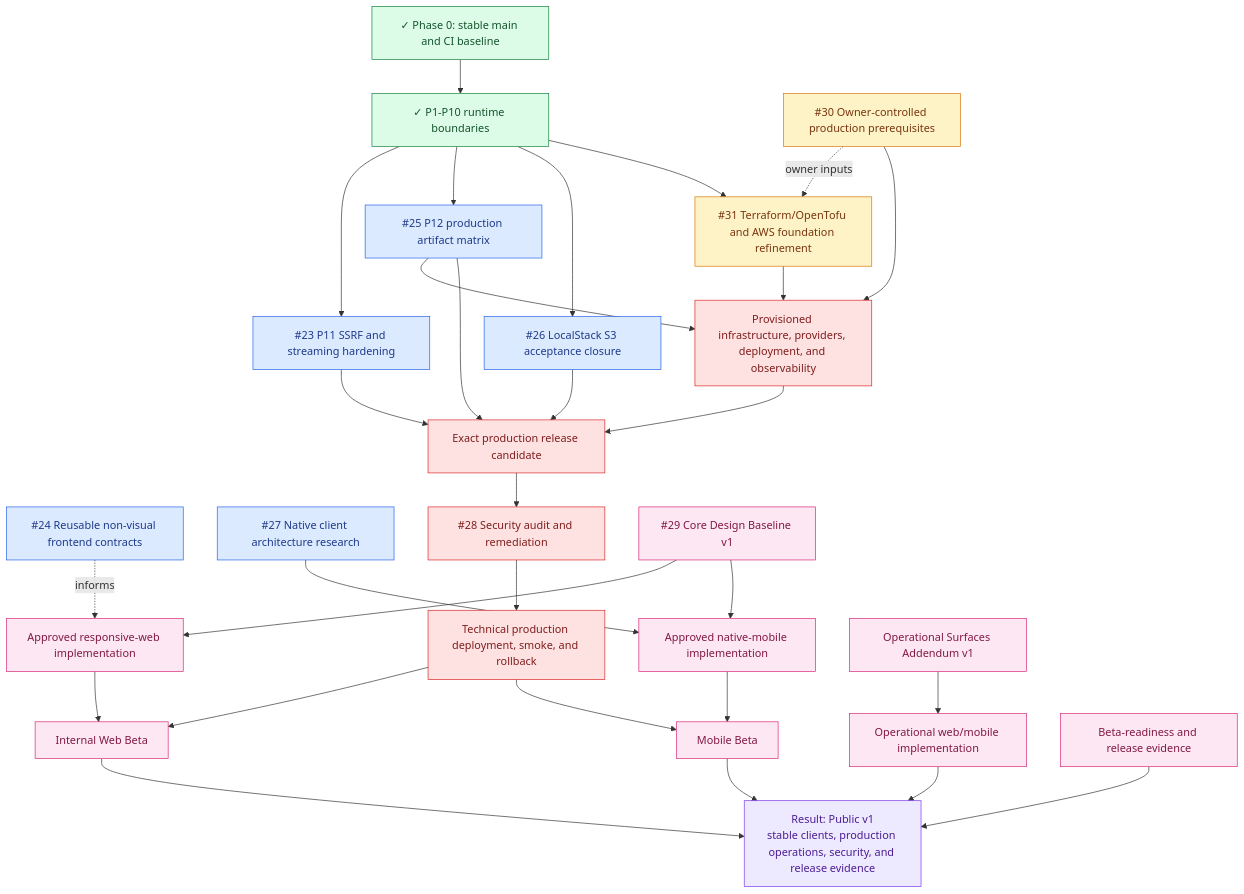
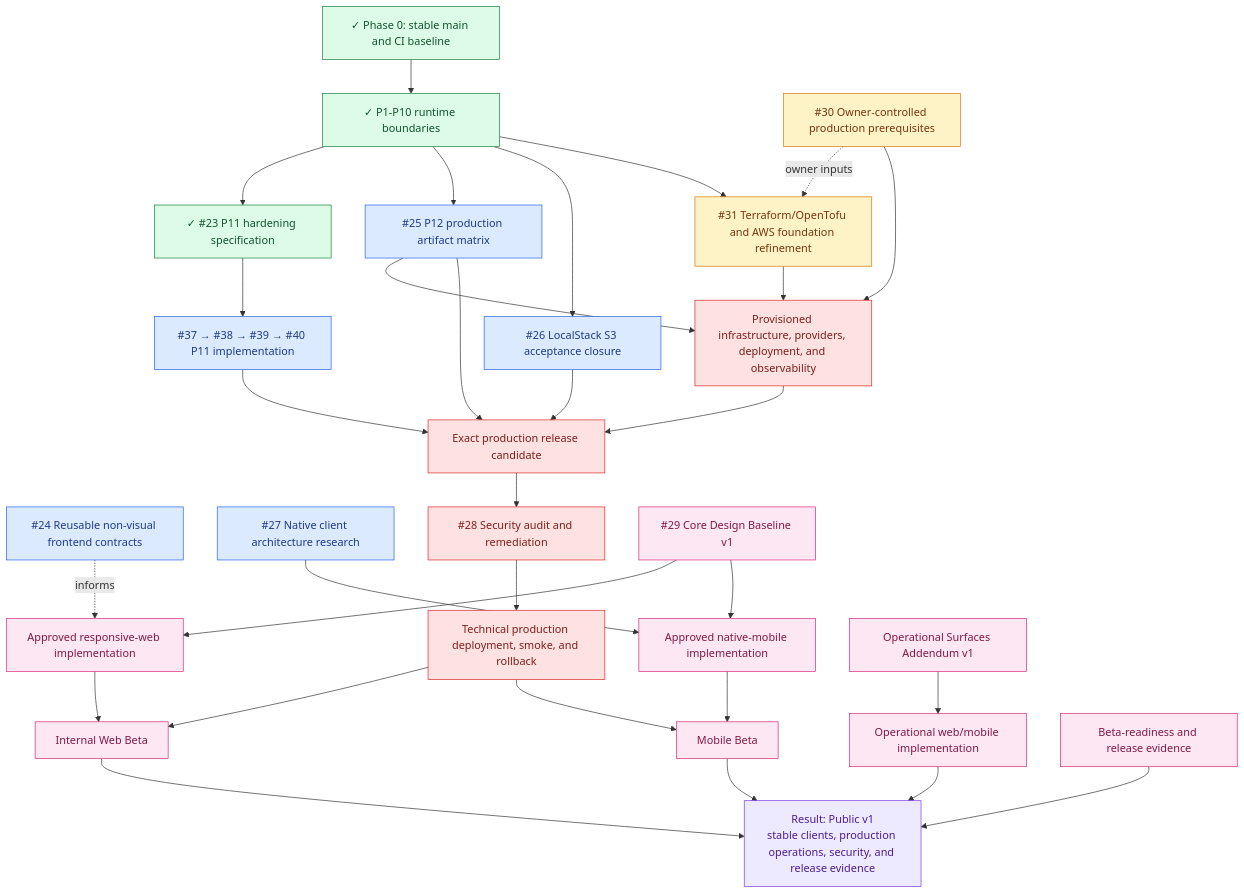
The third of 3 diagrams in docs/roadmap.md (starkovalera/recipe-manager), drawn with Mermaid before and after one commit. The commit also changed other lines of this file and 4 other files, not shown here.

````diff
--- a/docs/roadmap.md
+++ b/docs/roadmap.md
@@ -133,74 +133,77 @@
 ```mermaid
 flowchart TD
   phase0["✓ Phase 0: stable main and CI baseline"]
   runtime["✓ P1-P10 runtime boundaries"]
 
-  p11["#23 P11 SSRF and streaming hardening"]
+  p11["✓ #23 P11 hardening specification"]
+  p11Implementation["#37 → #38 → #39 → #40 P11 implementation"]
   p12["#25 P12 production artifact matrix"]
   localstack["#26 LocalStack S3 acceptance closure"]
   frontendAudit["#24 Reusable non-visual frontend contracts"]
   mobileResearch["#27 Native client architecture research"]
   infraRefine["#31 Terraform/OpenTofu and AWS foundation refinement"]
   owner["#30 Owner-controlled production prerequisites"]
 
   infra["Provisioned infrastructure, providers, deployment, and observability"]
   candidate["Exact production release candidate"]
   security["#28 Security audit and remediation"]
   technical["Technical production deployment, smoke, and rollback"]
 
   design["#29 Core Design Baseline v1"]
   web["Approved responsive-web implementation"]
   mobile["Approved native-mobile implementation"]
   webBeta["Internal Web Beta"]
   mobileBeta["Mobile Beta"]
   designOps["Operational Surfaces Addendum v1"]
   ops["Operational web/mobile implementation"]
   beta["Beta-readiness and release evidence"]
   result["Result: Public v1<br/>stable clients, production operations, security, and release evidence"]
 
   phase0 --> runtime
   runtime --> p11
   runtime --> p12
   runtime --> localstack
   runtime --> infraRefine
   owner -. owner inputs .-> infraRefine
   infraRefine --> infra
   owner --> infra
   p12 --> infra
 
-  p11 --> candidate
+  p11 --> p11Implementation
+  p11Implementation --> candidate
   p12 --> candidate
   infra --> candidate
   localstack --> candidate
   candidate --> security
   security --> technical
 
   design --> web
   design --> mobile
   frontendAudit -. informs .-> web
   mobileResearch --> mobile
   technical --> webBeta
   web --> webBeta
   technical --> mobileBeta
   mobile --> mobileBeta
   designOps --> ops
 
   webBeta --> result
   mobileBeta --> result
   ops --> result
   beta --> result
 
   classDef complete fill:#dcfce7,stroke:#15803d,color:#14532d
   classDef ready fill:#dbeafe,stroke:#2563eb,color:#1e3a8a
   classDef refine fill:#fef3c7,stroke:#d97706,color:#78350f
   classDef blocked fill:#fee2e2,stroke:#dc2626,color:#7f1d1d
   classDef gated fill:#fce7f3,stroke:#db2777,color:#831843
   classDef result fill:#ede9fe,stroke:#7c3aed,color:#4c1d95
 
   class phase0,runtime complete
-  class p11,p12,localstack,frontendAudit,mobileResearch ready
+  class p11 complete
+  class p11Implementation,p12,localstack,frontendAudit,mobileResearch ready
   class infraRefine,owner refine
   class infra,candidate,security,technical blocked
   class design,web,mobile,webBeta,mobileBeta,designOps,ops,beta gated
   class result result
 ```
````
